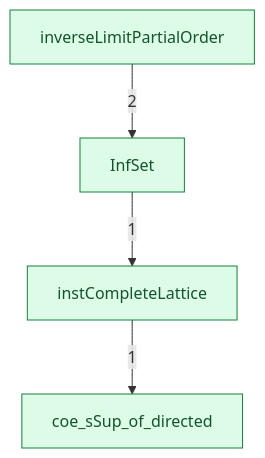
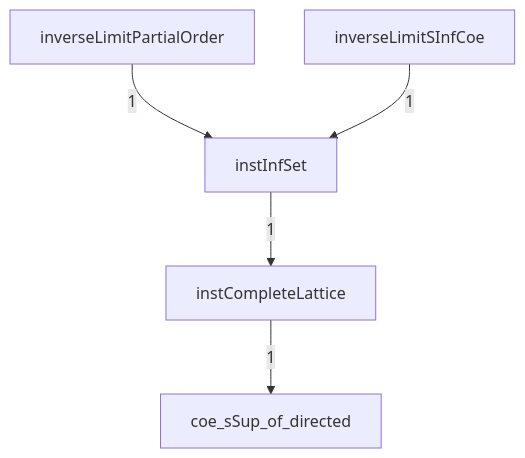
Before and after one commit to catskillsresearch/DomainTheory: the diagram in DomainTheory/ContinuousLattice/InverseLimits/1972_Limit_lattice.mermaid, drawn with Mermaid. The commit also changed 216 other files, not shown here.

```diff
--- a/DomainTheory/ContinuousLattice/InverseLimits/1972_Limit_lattice.mermaid
+++ b/DomainTheory/ContinuousLattice/InverseLimits/1972_Limit_lattice.mermaid
@@ -1,16 +1,15 @@
-%% Notes of the limit lattice.
+%% Lean files imported under this note.
 %% Arrowhead on the importer. The number is a direct-import count.
 %% An arrow already implied by a longer path is omitted.
 flowchart TB
 
-  SSUP["coe_sSup_of_directed"]
-  INF["InfSet"]
-  CLAT["instCompleteLattice"]
-  PO["inverseLimitPartialOrder"]
+  InverseLimits_coe_sSup_of_directed["coe_sSup_of_directed"]
+  InverseLimits_instCompleteLattice["instCompleteLattice"]
+  InverseLimits_instInfSet["instInfSet"]
+  InverseLimits_inverseLimitPartialOrder["inverseLimitPartialOrder"]
+  InverseLimits_inverseLimitSInfCoe["inverseLimitSInfCoe"]
 
-  INF -->|"1"| CLAT
-  PO -->|"2"| INF
-  CLAT -->|"1"| SSUP
-
-  classDef concept fill:#dcfce7,stroke:#15803d,color:#14532d
-  class PO,INF,CLAT,SSUP concept
+  InverseLimits_instCompleteLattice -->|"1"| InverseLimits_coe_sSup_of_directed
+  InverseLimits_instInfSet -->|"1"| InverseLimits_instCompleteLattice
+  InverseLimits_inverseLimitPartialOrder -->|"1"| InverseLimits_instInfSet
+  InverseLimits_inverseLimitSInfCoe -->|"1"| InverseLimits_instInfSet
```
